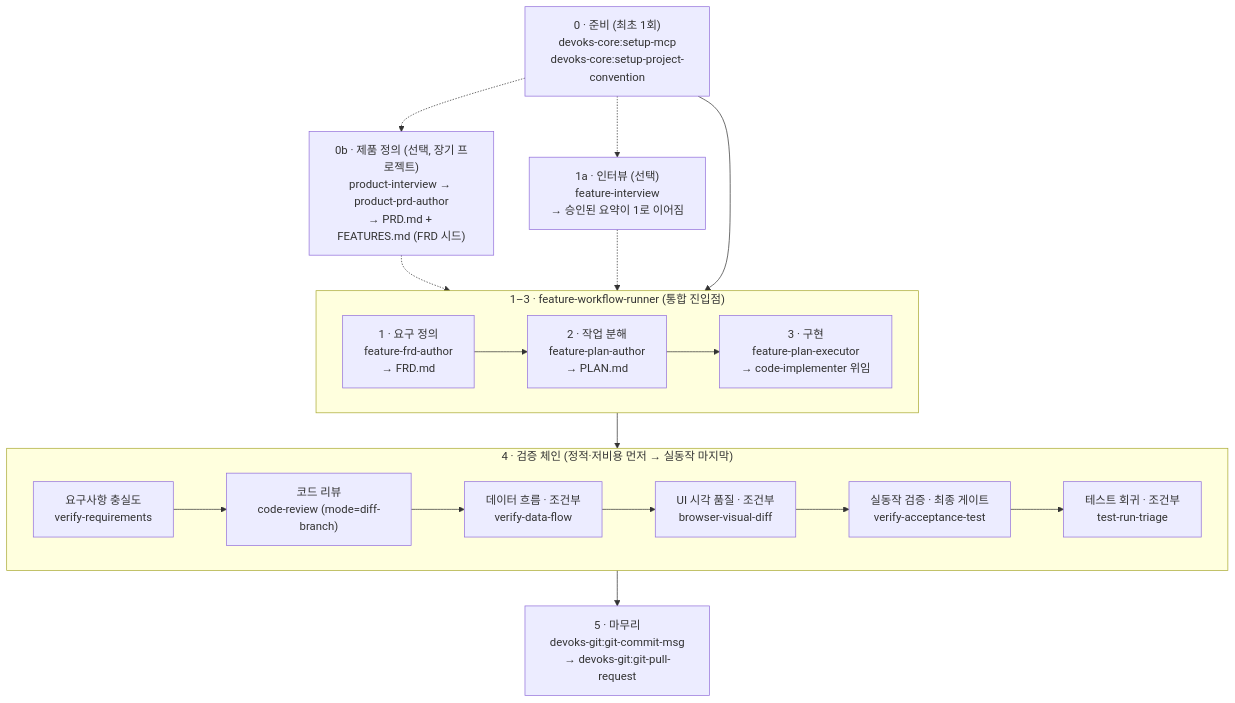
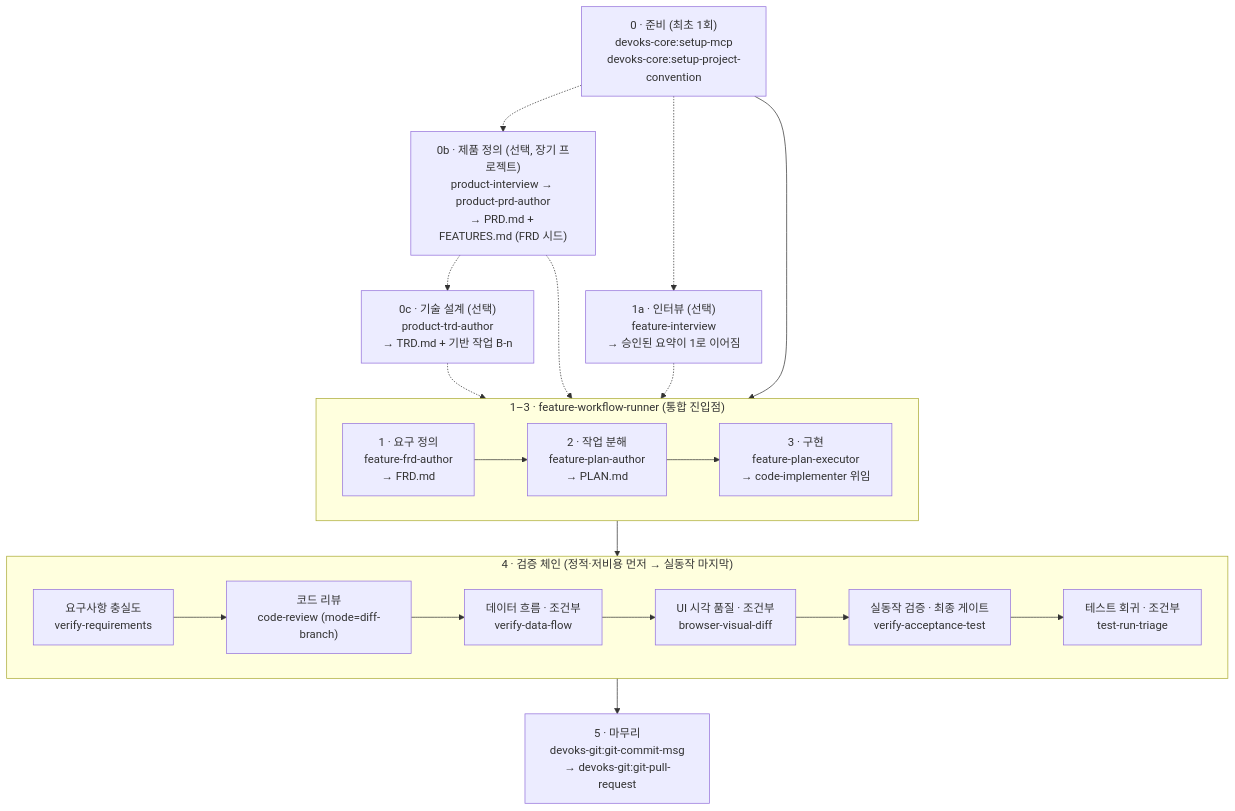
The diagram in docs/README.ko.md (ridsync/devoks-team-harness), drawn with Mermaid before and after one commit. The commit also changed other lines of this file and 21 other files, not shown here.

First line of the commit message:
feat(devoks-sdlc): 제품 TRD·기술 구조 스킬 product-trd-author 신설

````diff
--- a/docs/README.ko.md
+++ b/docs/README.ko.md
@@ -108,37 +108,41 @@
 ```mermaid
 flowchart TD
     S["0 · 준비 (최초 1회)<br/>devoks-core:setup-mcp<br/>devoks-core:setup-project-convention"]
 
     PRD["0b · 제품 정의 (선택, 장기 프로젝트)<br/>product-interview → product-prd-author<br/>→ PRD.md + FEATURES.md (FRD 시드)"]
+
+    TRD["0c · 기술 설계 (선택)<br/>product-trd-author<br/>→ TRD.md + 기반 작업 B-n"]
 
     D["1a · 인터뷰 (선택)<br/>feature-interview<br/>→ 승인된 요약이 1로 이어짐"]
 
     subgraph BUILD["1–3 · feature-workflow-runner (통합 진입점)"]
         direction LR
         F["1 · 요구 정의<br/>feature-frd-author<br/>→ FRD.md"]
         P["2 · 작업 분해<br/>feature-plan-author<br/>→ PLAN.md"]
         I["3 · 구현<br/>feature-plan-executor<br/>→ code-implementer 위임"]
         F --> P --> I
     end
 
     subgraph VERIFY["4 · 검증 체인 (정적·저비용 먼저 → 실동작 마지막)"]
         direction LR
         V1["요구사항 충실도<br/>verify-requirements"]
         V2["코드 리뷰<br/>code-review (mode=diff-branch)"]
         V3["데이터 흐름 · 조건부<br/>verify-data-flow"]
         V4["UI 시각 품질 · 조건부<br/>browser-visual-diff"]
         V5["실동작 검증 · 최종 게이트<br/>verify-acceptance-test"]
         V6["테스트 회귀 · 조건부<br/>test-run-triage"]
         V1 --> V2 --> V3 --> V4 --> V5 --> V6
     end
 
     C["5 · 마무리<br/>devoks-git:git-commit-msg<br/>→ devoks-git:git-pull-request"]
 
     S --> BUILD
     S -.-> PRD
+    PRD -.-> TRD
+    TRD -.-> F
     PRD -.-> F
     S -.-> D
     D -.-> F
     BUILD --> VERIFY
     VERIFY --> C
 ```
````
